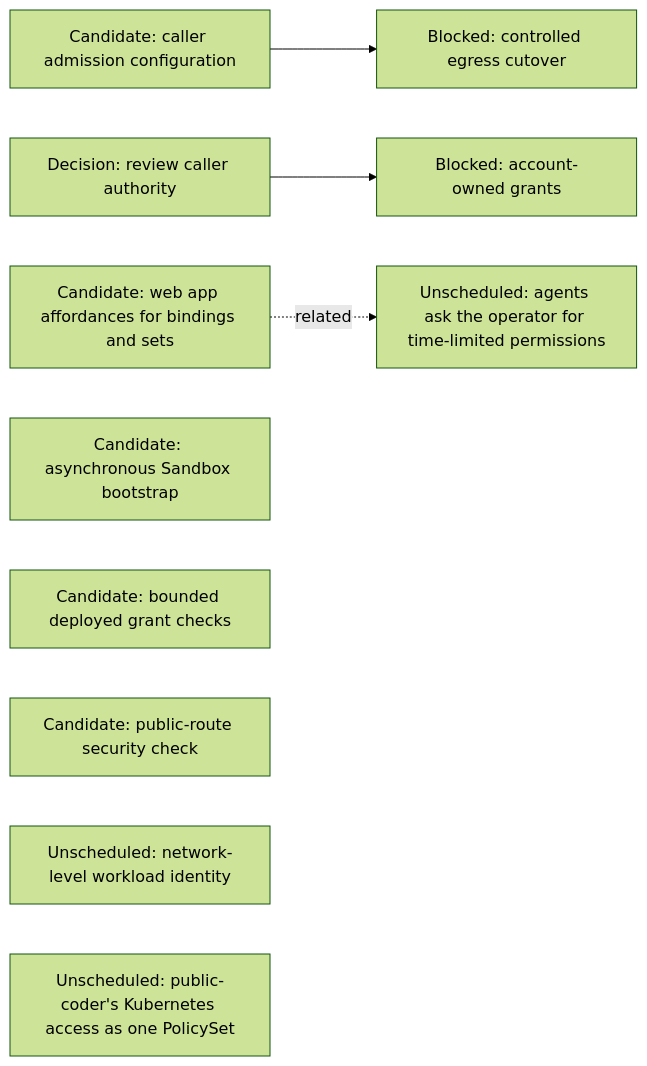
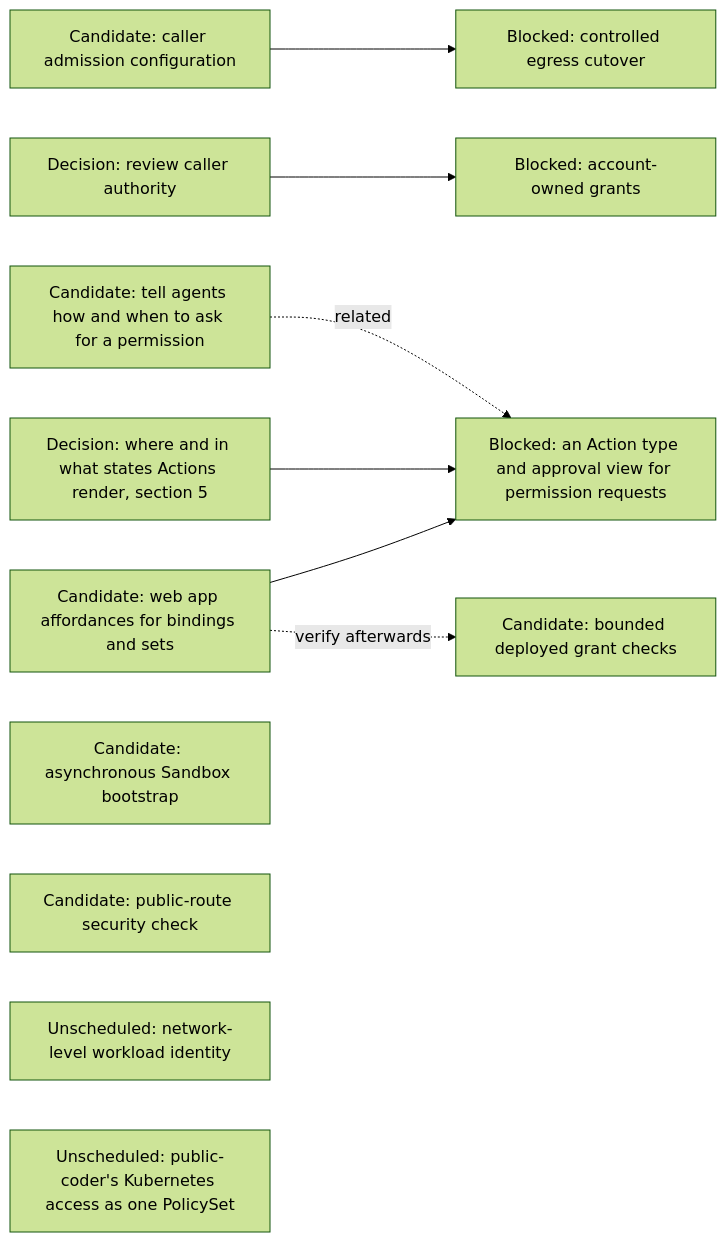
Before and after one commit to agentydragon-agent/ducktape: the eighth of 15 diagrams in agentplane/plans/task_dag.md, drawn with Mermaid (forest theme). The commit also changed other lines of this file, not shown here.

````diff
--- a/agentplane/plans/task_dag.md
+++ b/agentplane/plans/task_dag.md
@@ -519,13 +562,18 @@
 ```mermaid
 flowchart LR
     PC_EGRESS_CREDENTIALS[Candidate: caller admission configuration] --> PC_EGRESS[Blocked: controlled egress cutover]
     CLAUDE_AI_SA[Decision: review caller authority] --> MANAGED_SA_RBAC[Blocked: account-owned grants]
     POLICY_RUNTIME_GRANTS[Candidate: web app affordances for bindings and sets]
-    AGENT_PERMISSION_REQUESTS[Unscheduled: agents ask the operator for time-limited permissions]
-    POLICY_RUNTIME_GRANTS -. related .-> AGENT_PERMISSION_REQUESTS
+    AGENT_PERMISSION_INSTRUCTIONS[Candidate: tell agents how and when to ask for a permission]
+    AGENT_PERMISSION_REQUESTS[Blocked: an Action type and approval view for permission requests]
+    ACTION_SURFACES_DESIGN[Decision: where and in what states Actions render, section 5]
+    POLICY_RUNTIME_GRANTS --> AGENT_PERMISSION_REQUESTS
+    ACTION_SURFACES_DESIGN --> AGENT_PERMISSION_REQUESTS
+    AGENT_PERMISSION_INSTRUCTIONS -. related .-> AGENT_PERMISSION_REQUESTS
+    POLICY_RUNTIME_GRANTS -. verify afterwards .-> SANDBOX_RBAC
     BOOTSTRAP_PROGRESS_CONTRACT[Candidate: asynchronous Sandbox bootstrap]
     SANDBOX_RBAC[Candidate: bounded deployed grant checks]
     NOTIFICATION_INGRESS_BOUNDARY[Candidate: public-route security check]
     NETWORK_WORKLOAD_IDENTITY[Unscheduled: network-level workload identity]
     PC_KUBERNETES_POLICY_SET[Unscheduled: public-coder's Kubernetes access as one PolicySet]
 ```
````
